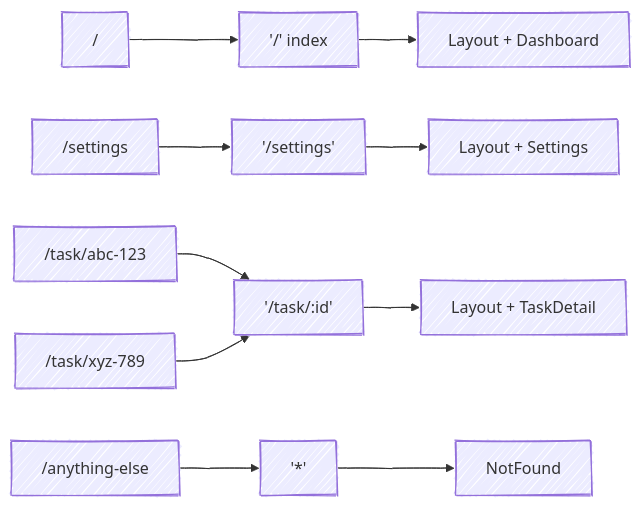
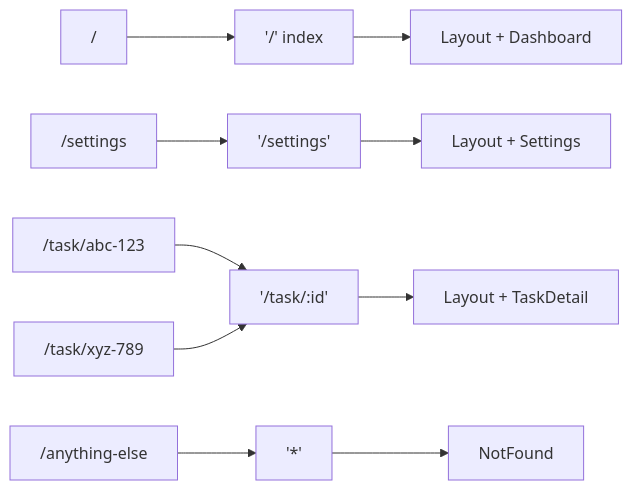
Before and after one commit to bobby-openclaw/react-learning: the first of 2 diagrams in chapters/07-react-router/CHAPTER.md, drawn with Mermaid. The commit also changed other lines of this file and 25 other files, not shown here.

First line of the commit message:
docs: replace all ASCII diagrams with Mermaid, remove sketch style

````diff
--- a/chapters/07-react-router/CHAPTER.md
+++ b/chapters/07-react-router/CHAPTER.md
@@ -68,9 +68,9 @@
 ```mermaid
-%%{init: {'theme': 'default', 'look': 'handDrawn'}}%%
+%%{init: {'theme':'default'}}%%
 flowchart LR
     U1["/"] --> M1["'/' index"] --> R1["Layout + Dashboard"]
     U2["/settings"] --> M2["'/settings'"] --> R2["Layout + Settings"]
     U3["/task/abc-123"] --> M3["'/task/:id'"] --> R3["Layout + TaskDetail"]
     U4["/task/xyz-789"] --> M3
     U5["/anything-else"] --> M5["'*'"] --> R5["NotFound"]
 ```
````
